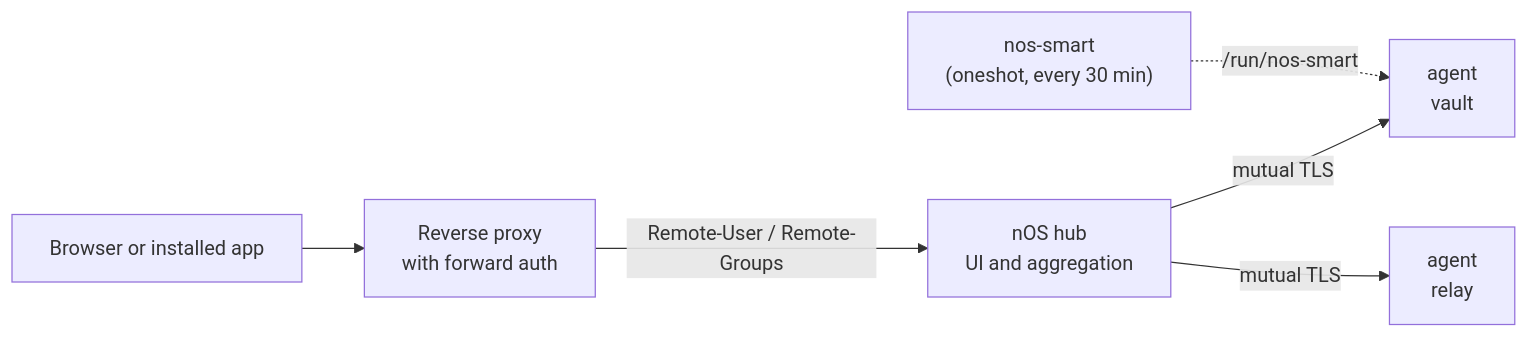
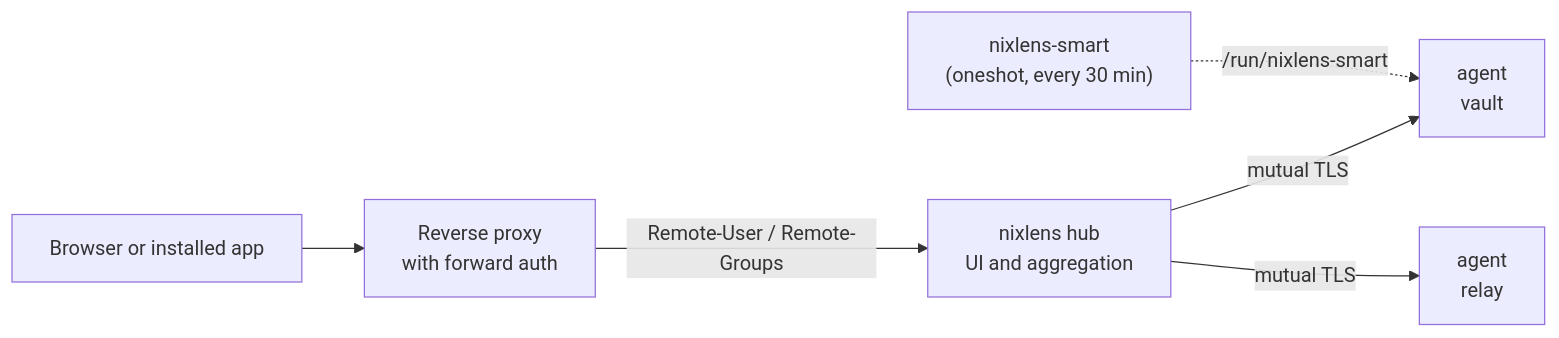
The diagram in README.md (fosskar/nixlens), drawn with Mermaid before and after one commit. The commit also changed other lines of this file and 32 other files, not shown here.

First line of the commit message:
rename nos to nixlens

````diff
--- a/README.md
+++ b/README.md
@@ -64,8 +64,8 @@
 ```mermaid
 flowchart LR
     browser["Browser or installed app"] --> proxy["Reverse proxy<br/>with forward auth"]
-    proxy -- "Remote-User / Remote-Groups" --> hub["nOS hub<br/>UI and aggregation"]
+    proxy -- "Remote-User / Remote-Groups" --> hub["nixlens hub<br/>UI and aggregation"]
     hub -- "mutual TLS" --> a1["agent<br/>vault"]
     hub -- "mutual TLS" --> a2["agent<br/>relay"]
-    smart["nos-smart<br/>(oneshot, every 30 min)"] -. "/run/nos-smart" .-> a1
+    smart["nixlens-smart<br/>(oneshot, every 30 min)"] -. "/run/nixlens-smart" .-> a1
 ```
````
